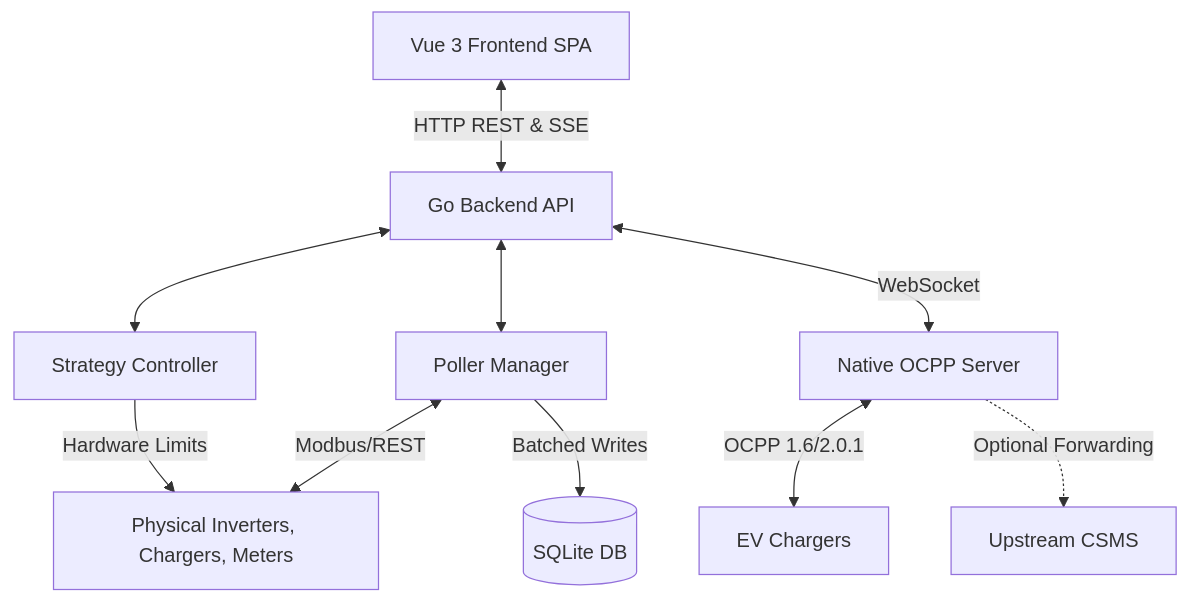
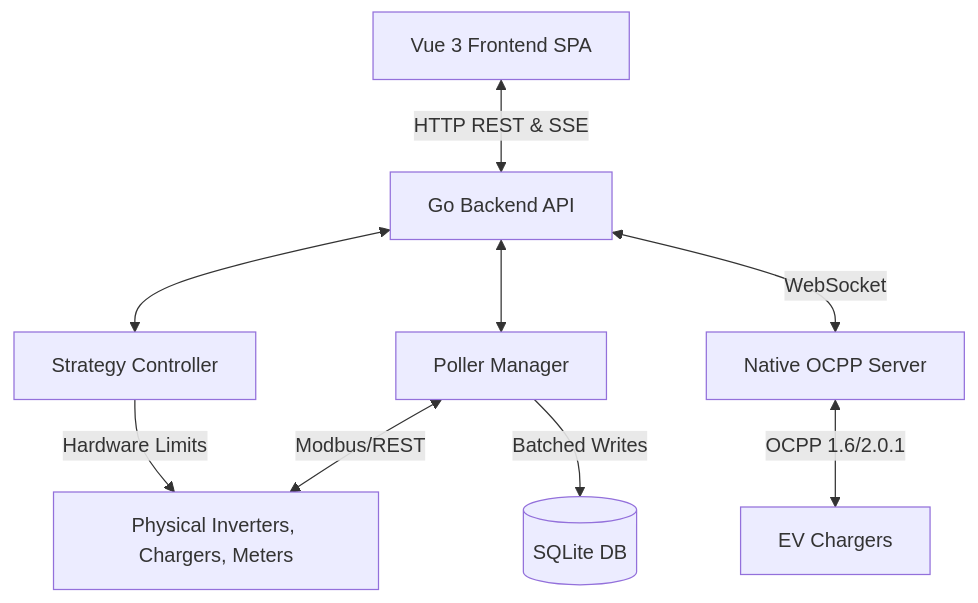
Before and after one commit to webdotpulse/NEMS: the diagram in docs/architecture.md, drawn with Mermaid. The commit also changed other lines of this file and 2 other files, not shown here.

First line of the commit message:
docs: update architecture, user manual, and github token docs

````diff
--- a/docs/architecture.md
+++ b/docs/architecture.md
@@ -13,12 +13,11 @@
 ```mermaid
 graph TD
     UI[Vue 3 Frontend SPA] <-->|HTTP REST & SSE| API[Go Backend API]
     API <--> PM[Poller Manager]
     PM <-->|Modbus/REST| Devices[Physical Inverters, Chargers, Meters]
     PM -->|Batched Writes| DB[(SQLite DB)]
     API <--> SC[Strategy Controller]
     SC -->|Hardware Limits| Devices
     API <-->|WebSocket| OCPP[Native OCPP Server]
     OCPP <-->|OCPP 1.6/2.0.1| EVCharger[EV Chargers]
-    OCPP -.->|Optional Forwarding| CSMS[Upstream CSMS]
 ```
````
